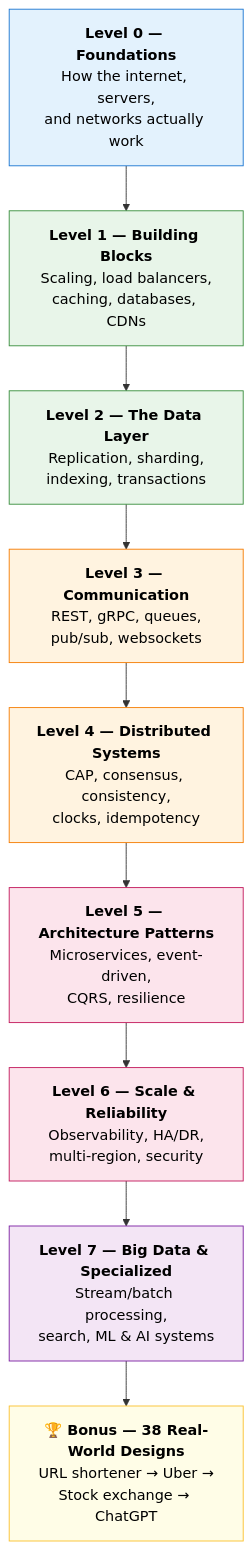
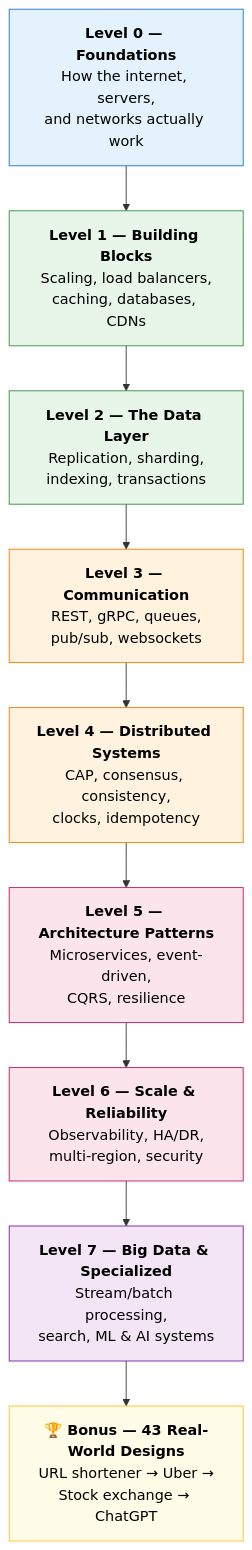
One commit to Ankan1998/learn-system-design changed the diagram in README.md. Above: the diagram before and after it, drawn with Mermaid. The commit also changed other lines of this file and 24 other files, not shown here.

````diff
--- a/README.md
+++ b/README.md
@@ -46,24 +46,24 @@
 ```mermaid
 flowchart TD
     L0["<b>Level 0 — Foundations</b><br/>How the internet, servers,<br/>and networks actually work"]
     L1["<b>Level 1 — Building Blocks</b><br/>Scaling, load balancers,<br/>caching, databases, CDNs"]
     L2["<b>Level 2 — The Data Layer</b><br/>Replication, sharding,<br/>indexing, transactions"]
     L3["<b>Level 3 — Communication</b><br/>REST, gRPC, queues,<br/>pub/sub, websockets"]
     L4["<b>Level 4 — Distributed Systems</b><br/>CAP, consensus, consistency,<br/>clocks, idempotency"]
     L5["<b>Level 5 — Architecture Patterns</b><br/>Microservices, event-driven,<br/>CQRS, resilience"]
     L6["<b>Level 6 — Scale & Reliability</b><br/>Observability, HA/DR,<br/>multi-region, security"]
     L7["<b>Level 7 — Big Data & Specialized</b><br/>Stream/batch processing,<br/>search, ML & AI systems"]
-    BONUS["<b>🏆 Bonus — 38 Real-World Designs</b><br/>URL shortener → Uber →<br/>Stock exchange → ChatGPT"]
+    BONUS["<b>🏆 Bonus — 43 Real-World Designs</b><br/>URL shortener → Uber →<br/>Stock exchange → ChatGPT"]
 
     L0 --> L1 --> L2 --> L3 --> L4 --> L5 --> L6 --> L7 --> BONUS
 
     style L0 fill:#e3f2fd,stroke:#1976d2,color:#000
     style L1 fill:#e8f5e9,stroke:#388e3c,color:#000
     style L2 fill:#e8f5e9,stroke:#388e3c,color:#000
     style L3 fill:#fff3e0,stroke:#f57c00,color:#000
     style L4 fill:#fff3e0,stroke:#f57c00,color:#000
     style L5 fill:#fce4ec,stroke:#c2185b,color:#000
     style L6 fill:#fce4ec,stroke:#c2185b,color:#000
     style L7 fill:#f3e5f5,stroke:#7b1fa2,color:#000
     style BONUS fill:#fffde7,stroke:#fbc02d,color:#000
 ```
````
